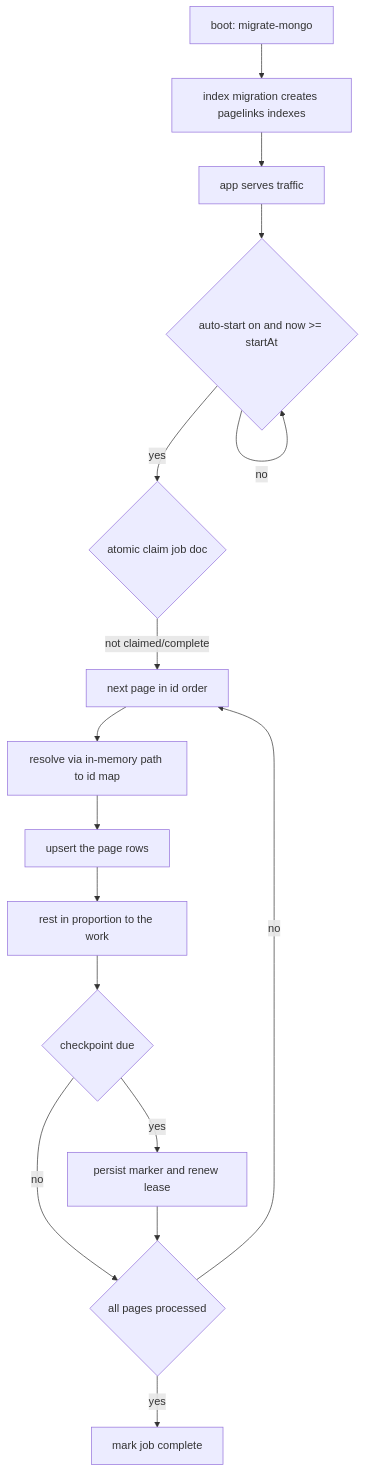
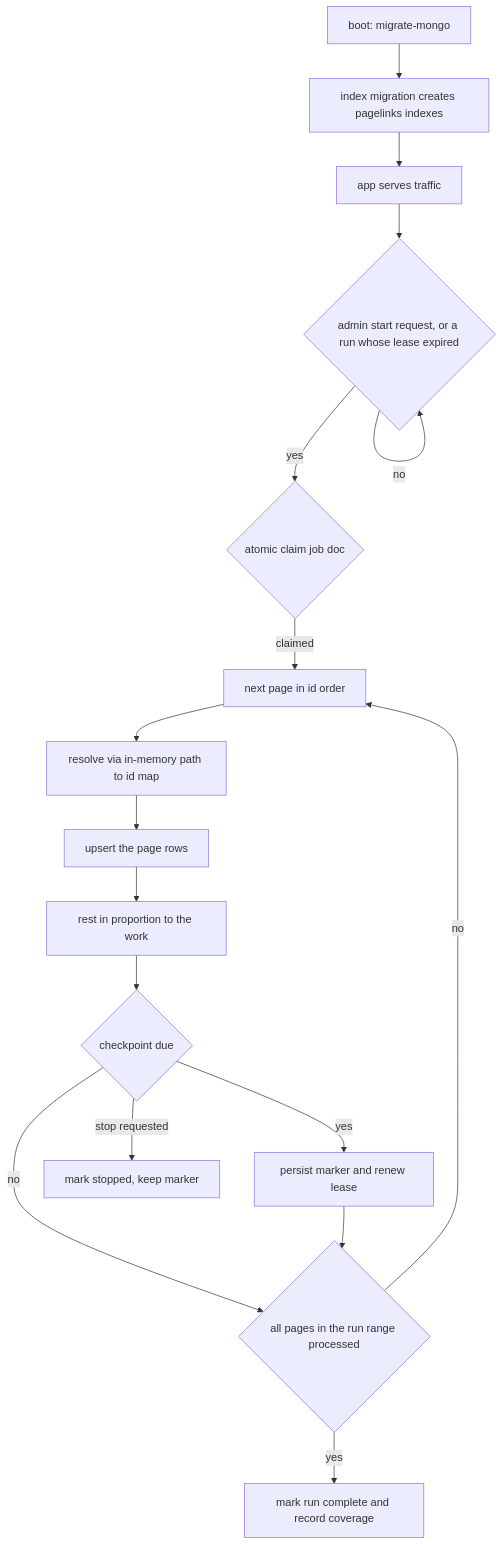
Before and after one commit to growilabs/growi: the fifth of 5 diagrams in .kiro/specs/backlinks/design.md, drawn with Mermaid. The commit also changed other lines of this file and 4 other files, not shown here.

Commit message:
Make the backlinks backfill admin-started with a chosen scope, coverage record and stop in the spec

````diff
--- a/.kiro/specs/backlinks/design.md
+++ b/.kiro/specs/backlinks/design.md
@@ -1263,18 +1299,19 @@
 ```mermaid
 graph TB
     Boot[boot: migrate-mongo] --> Idx[index migration creates pagelinks indexes]
     Idx --> Serve[app serves traffic]
-    Serve --> Gate{auto-start on and now >= startAt}
+    Serve --> Gate{admin start request, or a run whose lease expired}
     Gate -- no --> Gate
     Gate -- yes --> Claim{atomic claim job doc}
-    Claim -- not claimed/complete --> Page[next page in id order]
+    Claim -- claimed --> Page[next page in id order]
     Page --> Map[resolve via in-memory path to id map]
     Map --> Bulk[upsert the page rows]
     Bulk --> Rest[rest in proportion to the work]
     Rest --> Cp{checkpoint due}
     Cp -- yes --> Save[persist marker and renew lease]
     Cp -- no --> Done
-    Save --> Done{all pages processed}
+    Cp -- stop requested --> Stop[mark stopped, keep marker]
+    Save --> Done{all pages in the run range processed}
     Done -- no --> Page
-    Done -- yes --> Mark[mark job complete]
+    Done -- yes --> Mark[mark run complete and record coverage]
 ```
````
